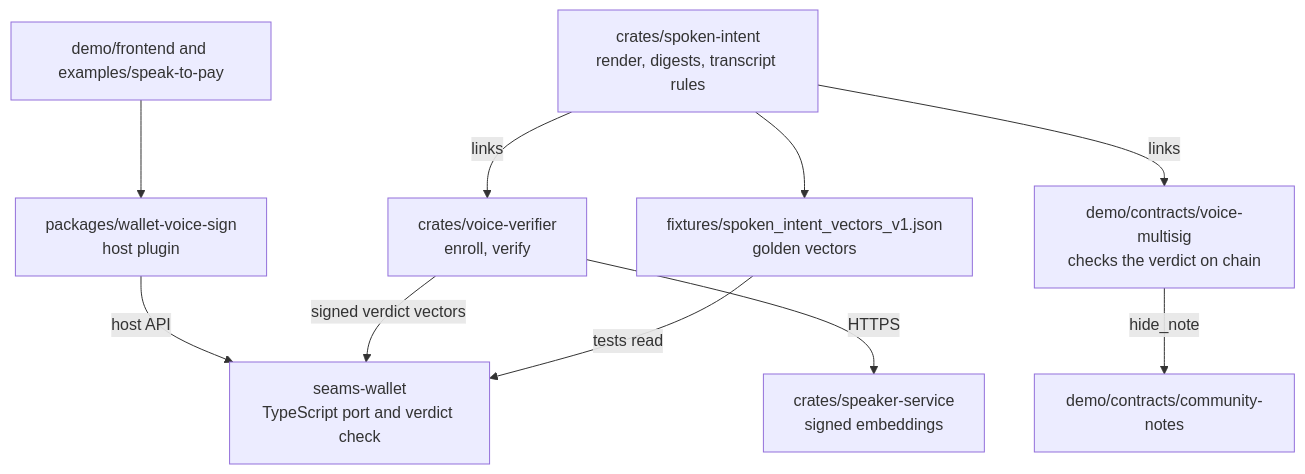
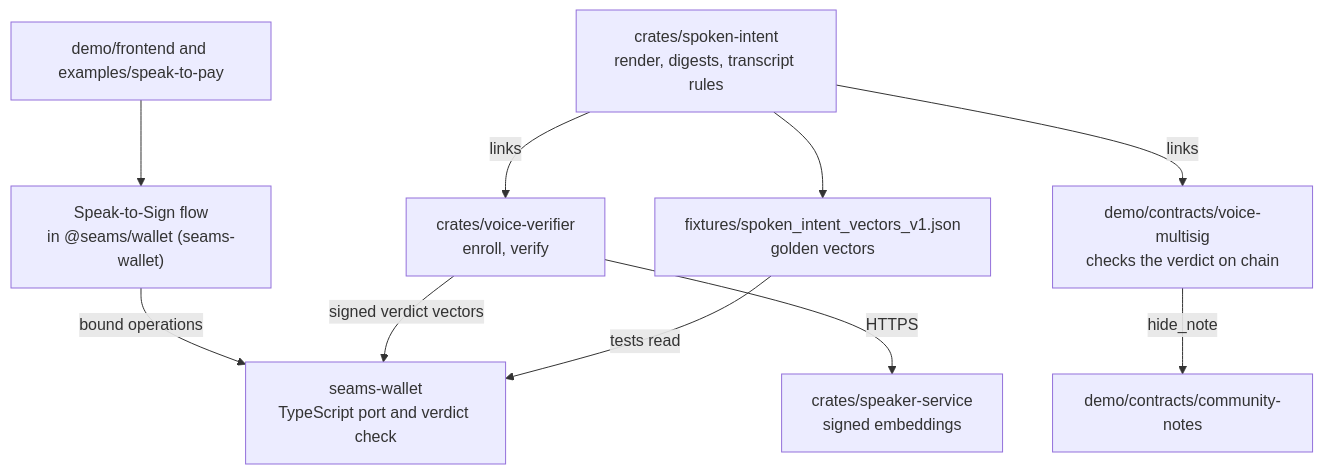
Before and after one commit to seams-tech/speak-to-sign: the second of 9 diagrams in docs/architecture.md, drawn with Mermaid. The commit also changed other lines of this file and 33 other files, not shown here.

First line of the commit message:
Remove the Wallet plugin package: its flow is a part of @seams/wallet

````diff
--- a/docs/architecture.md
+++ b/docs/architecture.md
@@ -61,22 +61,22 @@
 ```mermaid
 flowchart TB
   SI["crates/spoken-intent<br/>render, digests, transcript rules"]
   Vec["fixtures/spoken_intent_vectors_v1.json<br/>golden vectors"]
   VV["crates/voice-verifier<br/>enroll, verify"]
   SS["crates/speaker-service<br/>signed embeddings"]
   MS["demo/contracts/voice-multisig<br/>checks the verdict on chain"]
   CN["demo/contracts/community-notes"]
   WT["seams-wallet<br/>TypeScript port and verdict check"]
-  PL["packages/wallet-voice-sign<br/>host plugin"]
+  PL["Speak-to-Sign flow<br/>in @seams/wallet (seams-wallet)"]
   FE["demo/frontend and examples/speak-to-pay"]
 
   SI --> Vec
   SI -->|links| VV
   SI -->|links| MS
   Vec -->|tests read| WT
   VV -->|signed verdict vectors| WT
   VV -->|HTTPS| SS
-  PL -->|host API| WT
+  PL -->|bound operations| WT
   FE --> PL
   MS -->|hide_note| CN
 ```
````
